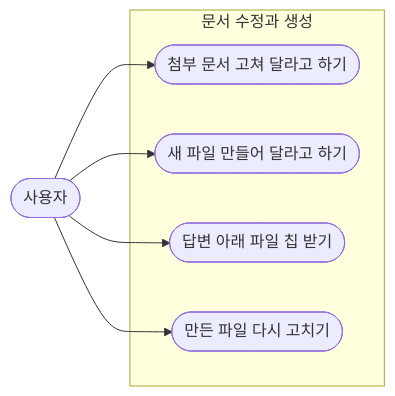
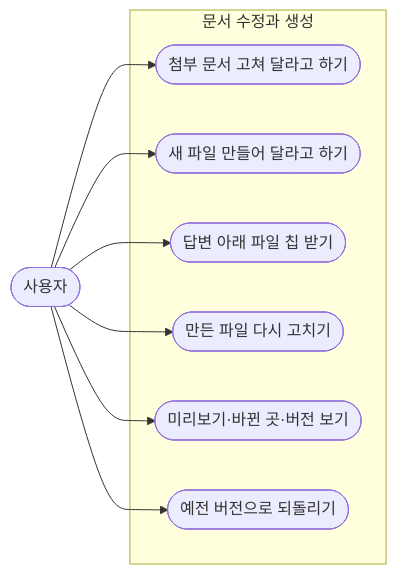
One commit to okdoittttt/apogee-deck changed the first of 3 diagrams in docs/features/document-editing.md. Above: the diagram before and after it, drawn with Mermaid. The commit also changed other lines of this file and 2 other files, not shown here.

````diff
--- a/docs/features/document-editing.md
+++ b/docs/features/document-editing.md
@@ -14,13 +14,15 @@
 ```mermaid
 flowchart LR
     user(["사용자"])
 
     subgraph system["문서 수정과 생성"]
         edit(["첨부 문서 고쳐 달라고 하기"])
         create(["새 파일 만들어 달라고 하기"])
         chip(["답변 아래 파일 칩 받기"])
         again(["만든 파일 다시 고치기"])
+        panel(["미리보기·바뀐 곳·버전 보기"])
+        restore(["예전 버전으로 되돌리기"])
     end
 
-    user --> edit & create & chip & again
+    user --> edit & create & chip & again & panel & restore
 ```
````
